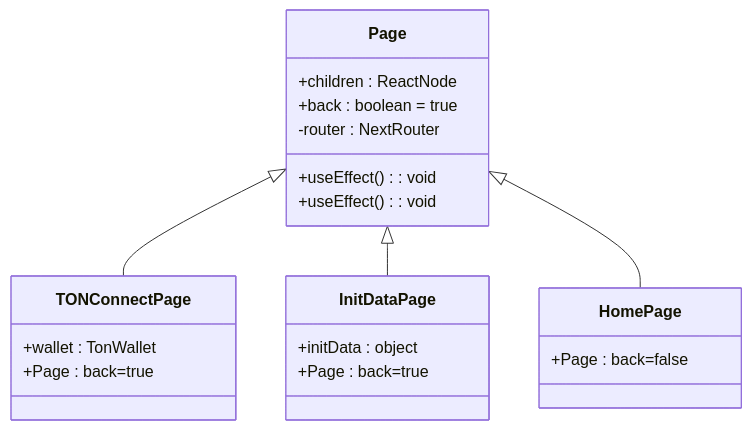
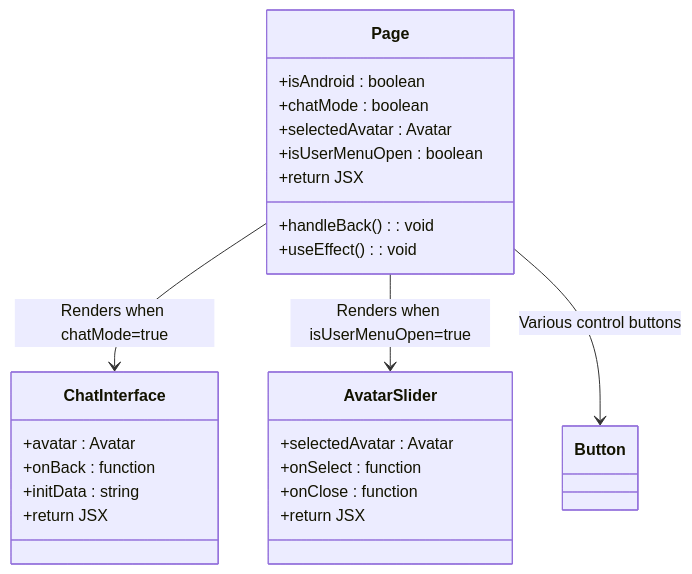
One commit to Miaterio/Passion-bot-2 changed the fourth of 4 diagrams in .qoder/repowiki/en/content/API Reference/UI Components/Page Component.md. Above: the diagram before and after it, drawn with Mermaid. The commit also changed other lines of this file and 6 other files, not shown here.

````diff
--- a/.qoder/repowiki/en/content/API Reference/UI Components/Page Component.md
+++ b/.qoder/repowiki/en/content/API Reference/UI Components/Page Component.md
@@ -108,24 +122,27 @@
 ```mermaid
 classDiagram
 class Page {
-+children : ReactNode
-+back : boolean = true
--router : NextRouter
++isAndroid : boolean
++chatMode : boolean
++selectedAvatar : Avatar
++isUserMenuOpen : boolean
++handleBack() : void
 +useEffect() : void
-+useEffect() : void
++return JSX
 }
-class TONConnectPage {
-+wallet : TonWallet
-+Page : back=true
+class ChatInterface {
++avatar : Avatar
++onBack : function
++initData : string
++return JSX
 }
-class InitDataPage {
-+initData : object
-+Page : back=true
+class AvatarSlider {
++selectedAvatar : Avatar
++onSelect : function
++onClose : function
++return JSX
 }
-class HomePage {
-+Page : back=false
-}
-Page <|-- TONConnectPage
-Page <|-- InitDataPage
-Page <|-- HomePage
+Page --> ChatInterface : Renders when chatMode=true
+Page --> AvatarSlider : Renders when isUserMenuOpen=true
+Page --> Button : Various control buttons
 ```
````
